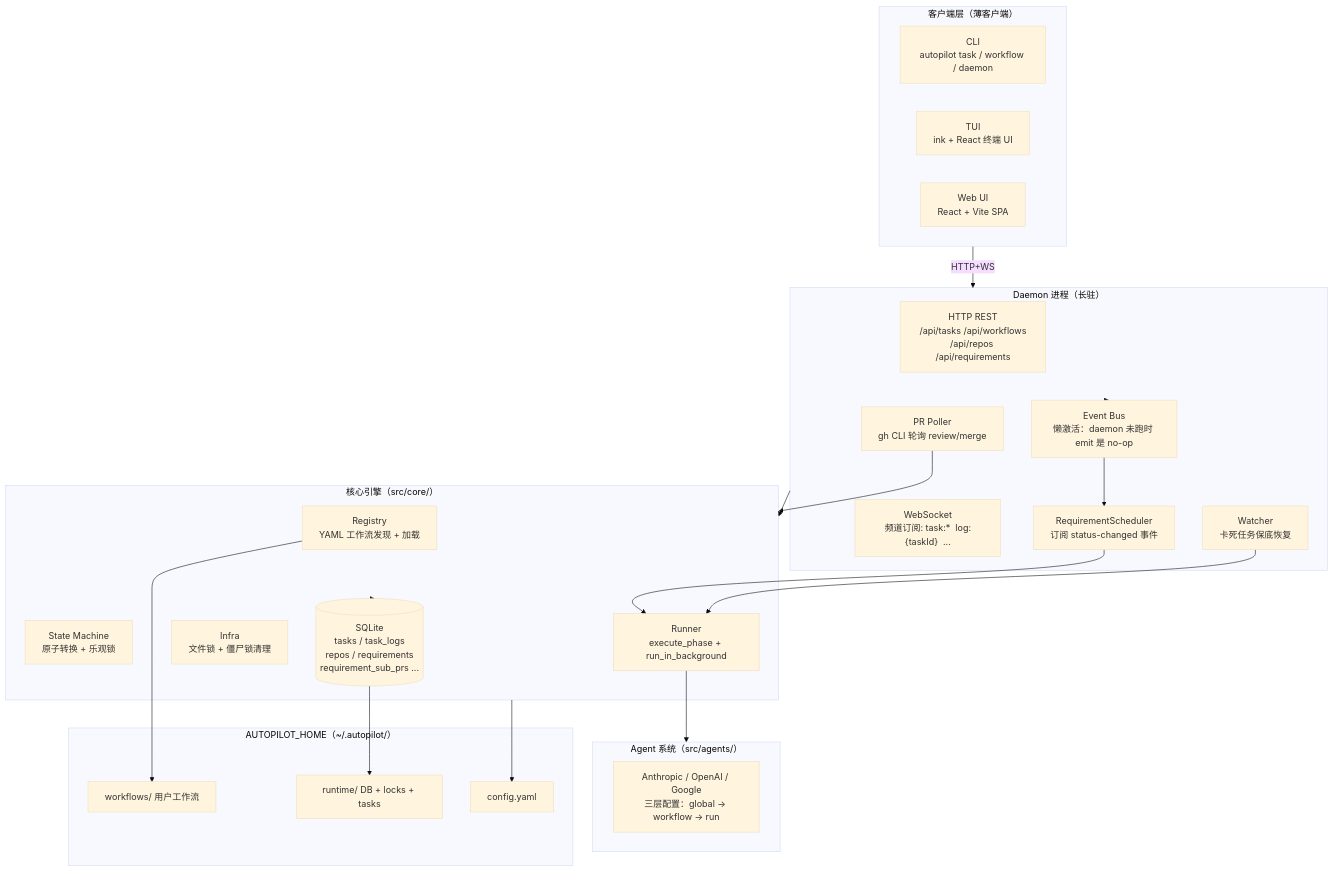
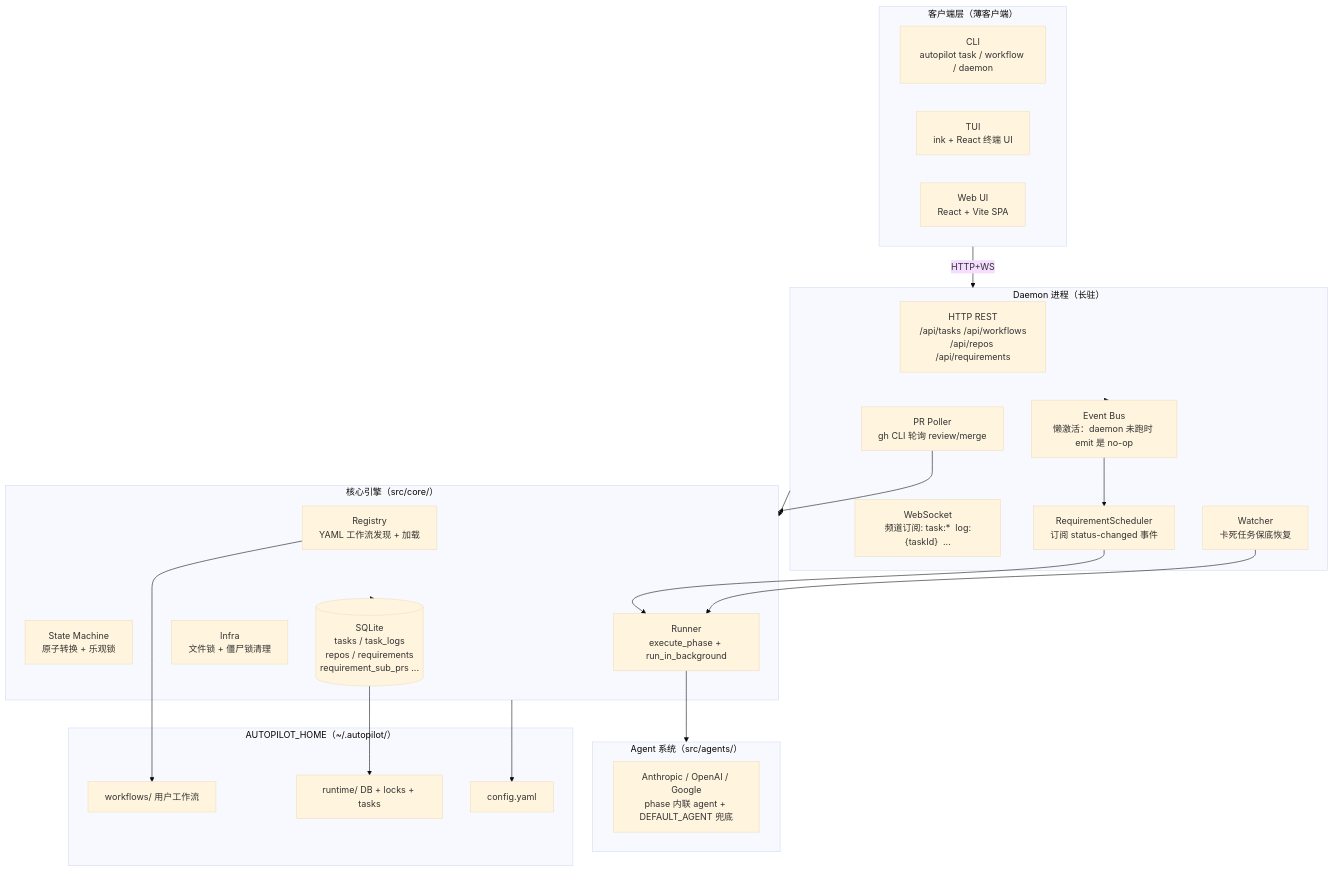
The first of 2 diagrams in docs/architecture.md (larrygogo/autopilot), drawn with Mermaid (base theme) before and after one commit. The commit also changed other lines of this file and 6 other files, not shown here.

First line of the commit message:
docs(agent): Phase 5 — 文档同步 phase 内联 agent 模型

````diff
--- a/docs/architecture.md
+++ b/docs/architecture.md
@@ -13,48 +13,48 @@
 ```mermaid
 graph TB
     subgraph Clients["客户端层（薄客户端）"]
       CLI["CLI<br/>autopilot task / workflow / daemon"]
       TUI["TUI<br/>ink + React 终端 UI"]
       WEB["Web UI<br/>React + Vite SPA"]
     end
 
     subgraph Daemon["Daemon 进程（长驻）"]
       HTTP["HTTP REST<br/>/api/tasks /api/workflows<br/>/api/repos /api/requirements"]
       WS["WebSocket<br/>频道订阅: task:*  log:{taskId}  ..."]
       EB["Event Bus<br/>懒激活：daemon 未跑时 emit 是 no-op"]
       RS["RequirementScheduler<br/>订阅 status-changed 事件"]
       PRP["PR Poller<br/>gh CLI 轮询 review/merge"]
       WCH["Watcher<br/>卡死任务保底恢复"]
     end
 
     subgraph Core["核心引擎（src/core/）"]
       Registry["Registry<br/>YAML 工作流发现 + 加载"]
       SM["State Machine<br/>原子转换 + 乐观锁"]
       Runner["Runner<br/>execute_phase + run_in_background"]
       Infra["Infra<br/>文件锁 + 僵尸锁清理"]
       DB[("SQLite<br/>tasks / task_logs<br/>repos / requirements<br/>requirement_sub_prs ...")]
     end
 
     subgraph Agents["Agent 系统（src/agents/）"]
-      AG["Anthropic / OpenAI / Google<br/>三层配置：global → workflow → run"]
+      AG["Anthropic / OpenAI / Google<br/>phase 内联 agent + DEFAULT_AGENT 兜底"]
     end
 
     subgraph Home["AUTOPILOT_HOME（~/.autopilot/）"]
       WF["workflows/ 用户工作流"]
       RT["runtime/ DB + locks + tasks"]
       CFG["config.yaml"]
     end
 
     Clients -->|HTTP+WS| Daemon
     Daemon --> Core
     Runner --> Agents
     Core --> DB
     Daemon --> EB
     EB --> RS
     RS --> Runner
     PRP --> Core
     WCH --> Runner
     Registry --> WF
     DB --> RT
     Core --> CFG
 ```
````
